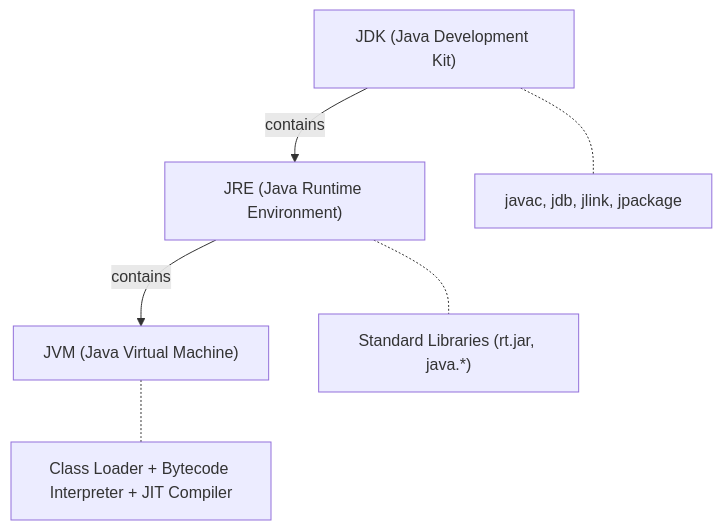
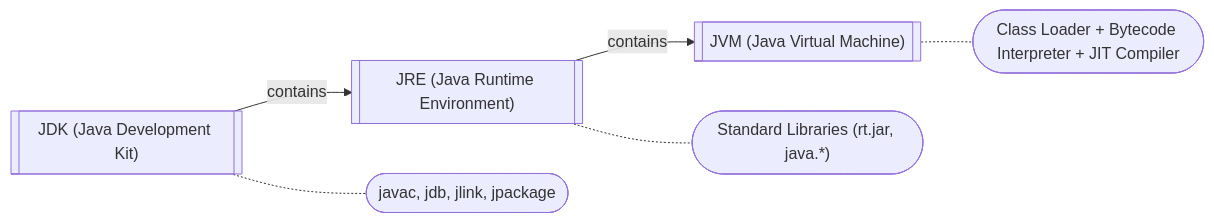
The first of 2 diagrams in docs/java/ecosystem.md (saivamsikaruturi/vamsilabs-dev-notes-main), drawn with Mermaid before and after one commit. The commit also changed other lines of this file and 146 other files, not shown here.

Commit message:
Horizontal diagrams, UML class diagrams, typography overhaul, and permalink cleanup

````diff
--- a/docs/java/ecosystem.md
+++ b/docs/java/ecosystem.md
@@ -19,13 +19,13 @@
 ```mermaid
-graph TB
-    JDK["JDK (Java Development Kit)"]
-    JRE["JRE (Java Runtime Environment)"]
-    JVM["JVM (Java Virtual Machine)"]
+flowchart LR
+    JDK[["JDK (Java Development Kit)"]]
+    JRE[["JRE (Java Runtime Environment)"]]
+    JVM[["JVM (Java Virtual Machine)"]]
 
     JDK -->|contains| JRE
     JRE -->|contains| JVM
 
-    JDK -.- DevTools["javac, jdb, jlink, jpackage"]
-    JRE -.- Libs["Standard Libraries (rt.jar, java.*)"]
-    JVM -.- Exec["Class Loader + Bytecode Interpreter + JIT Compiler"]
+    JDK -.- DevTools(["javac, jdb, jlink, jpackage"])
+    JRE -.- Libs(["Standard Libraries (rt.jar, java.*)"])
+    JVM -.- Exec(["Class Loader + Bytecode Interpreter + JIT Compiler"])
 ```
````
